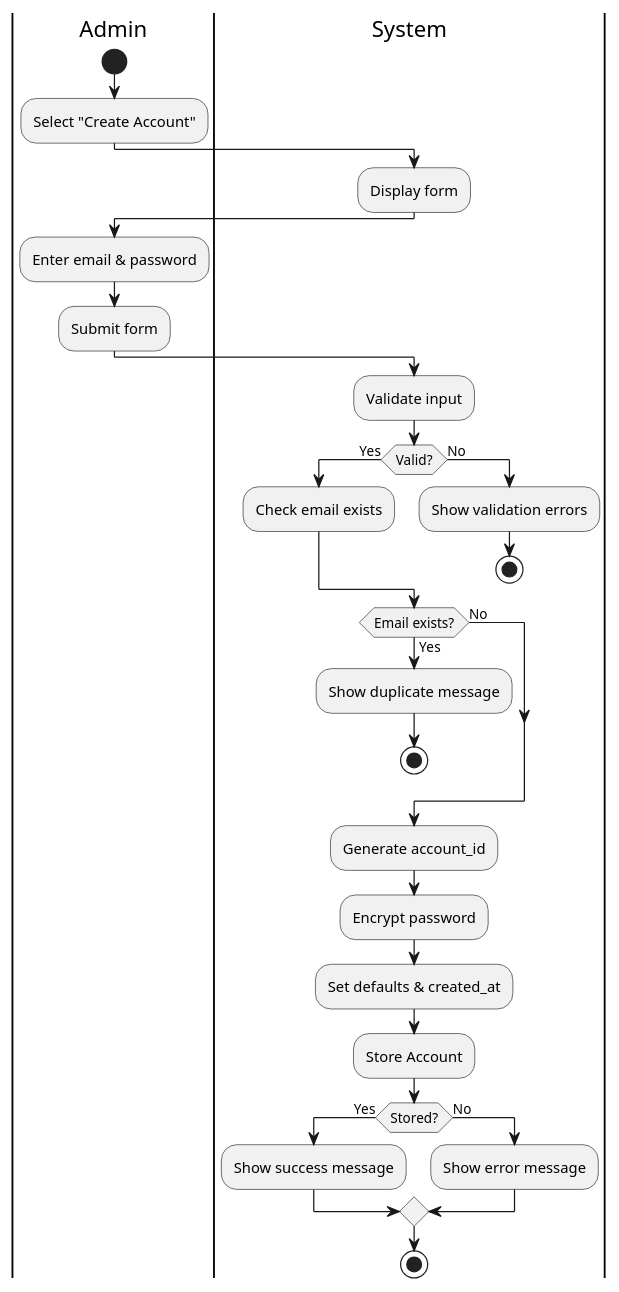
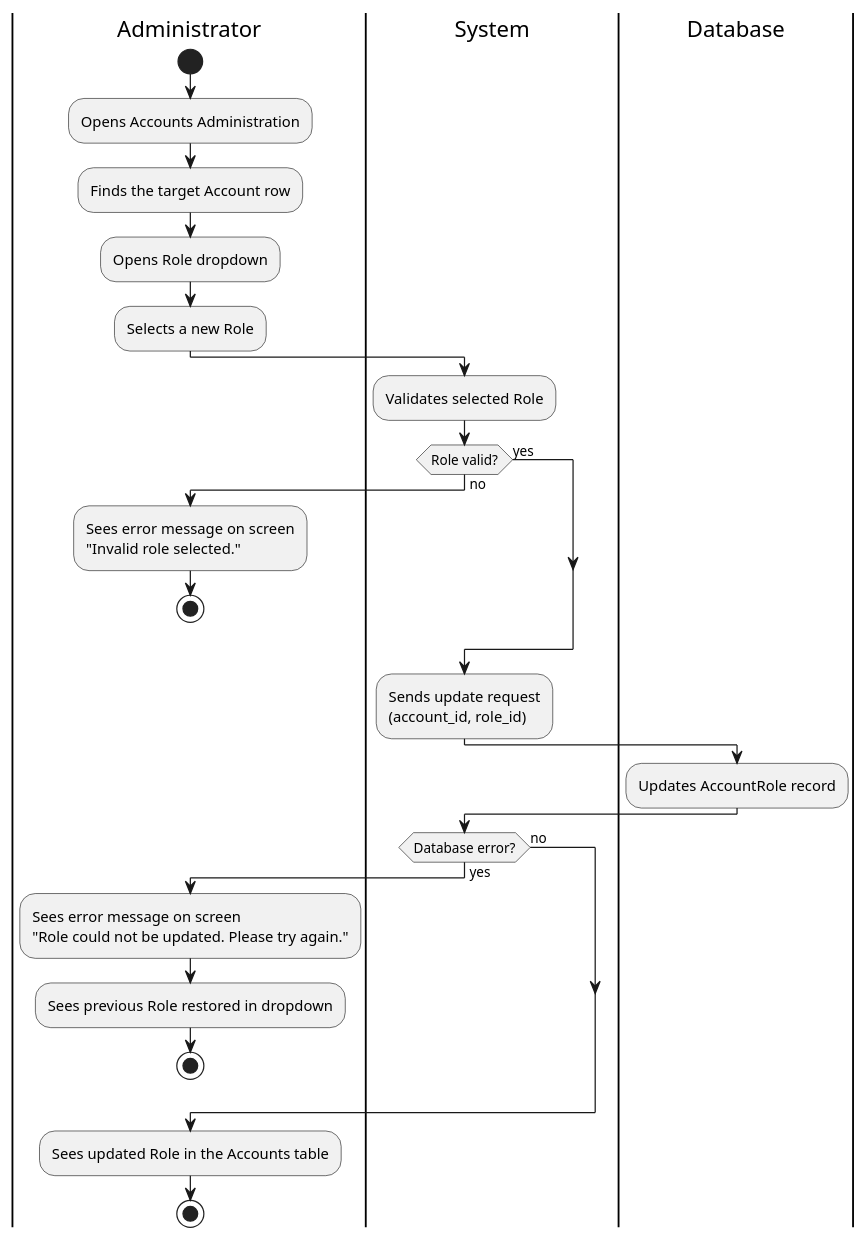
The diagram in documentation/activity_diagrams/ADMIN-05-ActivityDiagram.puml (Berthou05/LimboSoftwareDevelopment_Change.org), drawn with PlantUML before and after one commit. The commit also changed 14 other files, not shown here.

Commit message:
[DOCS]: Correction of Activity Diagrams. Addition of ADMIN-03, EMP-02, PROJ-11. Naming modifications of ADMIN-04, ADMIN-05 and ADMIN-06.

```diff
--- a/documentation/activity_diagrams/ADMIN-05-ActivityDiagram.puml
+++ b/documentation/activity_diagrams/ADMIN-05-ActivityDiagram.puml
@@ -1,41 +1,36 @@
 @startuml
-|Admin|
+|Administrator|
 start
-:Select "Create Account";
+:Opens Accounts Administration;
+:Finds the target Account row;
+:Opens Role dropdown;
+:Selects a new Role;
 
 |System|
-:Display form;
-
-|Admin|
-:Enter email & password;
-:Submit form;
+:Validates selected Role;
+if (Role valid?) is (no) then
+  |Administrator|
+  :Sees error message on screen\n"Invalid role selected.";
+  stop
+else(yes)
+endif
 
 |System|
-:Validate input;
+:Sends update request\n(account_id, role_id);
 
-if (Valid?) then (Yes)
-  :Check email exists;
-else (No)
-  :Show validation errors;
+|Database|
+:Updates AccountRole record;
+
+|System|
+if (Database error?) is (yes) then
+  |Administrator|
+  :Sees error message on screen\n"Role could not be updated. Please try again.";
+  :Sees previous Role restored in dropdown;
   stop
+else(no)
 endif
 
-if (Email exists?) then (Yes)
-  :Show duplicate message;
-  stop
-else (No)
-endif
-
-:Generate account_id;
-:Encrypt password;
-:Set defaults & created_at;
-:Store Account;
-
-if (Stored?) then (Yes)
-  :Show success message;
-else (No)
-  :Show error message;
-endif
-
+|Administrator|
+:Sees updated Role in the Accounts table;
 stop
 @enduml
```
